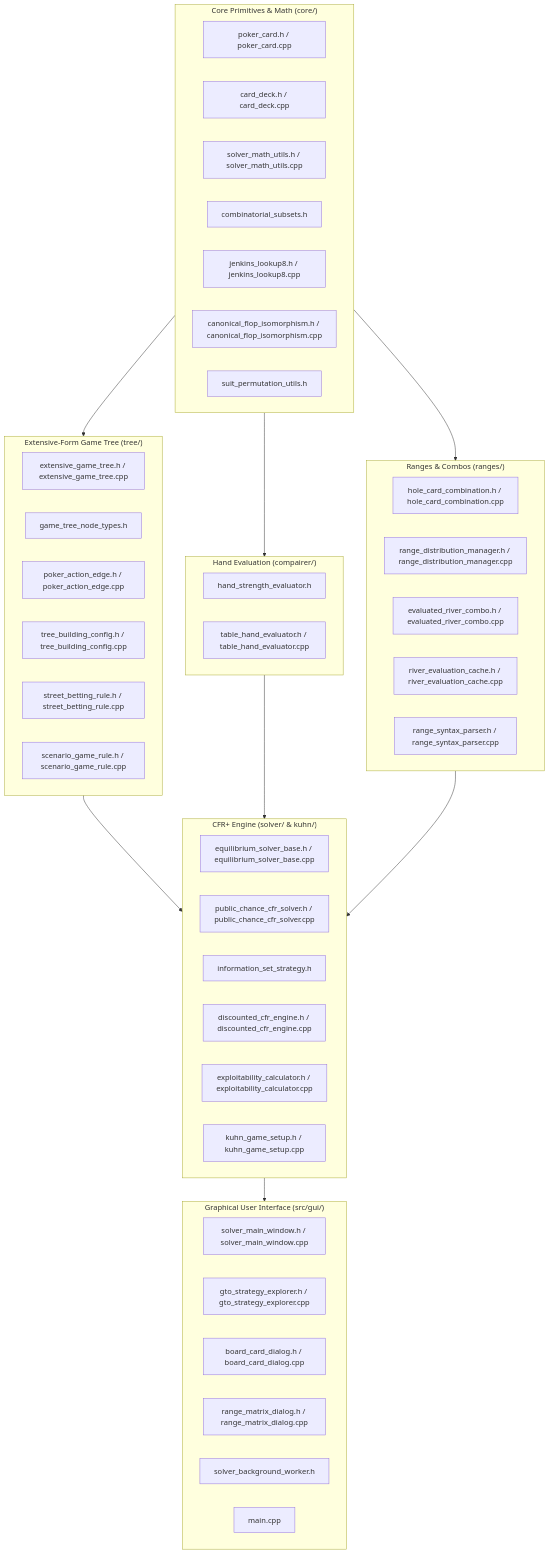
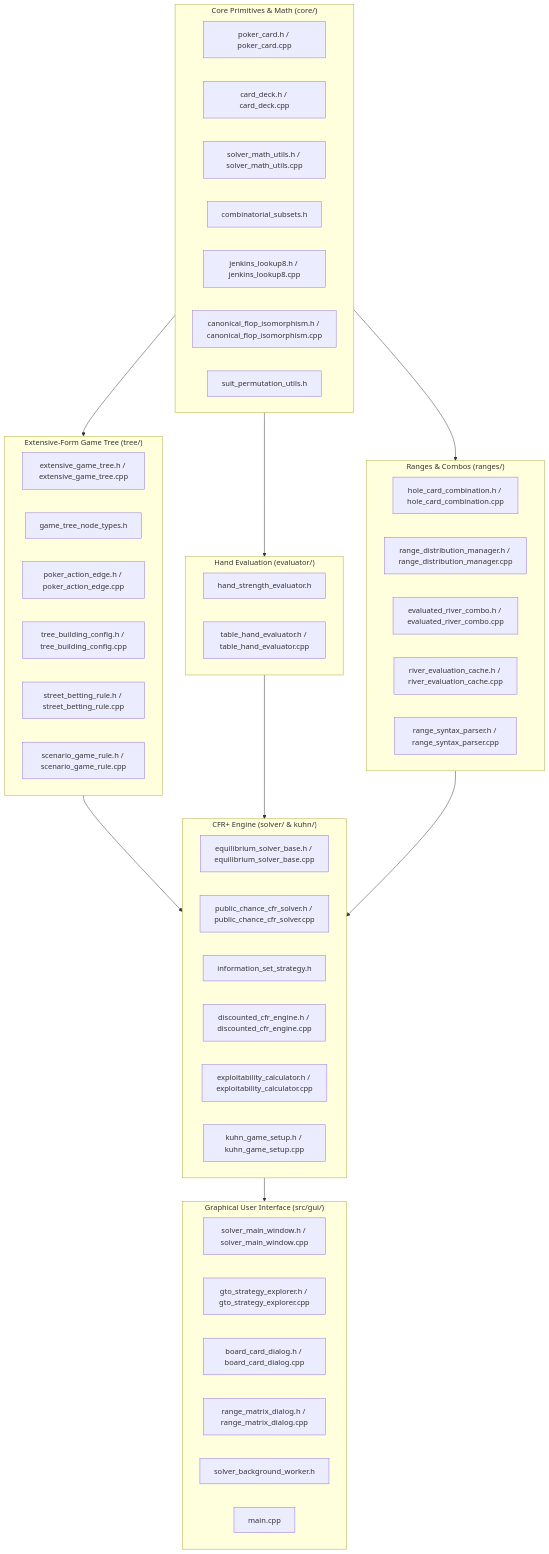
One commit to oleksandrBondarenko12/poker-solver changed the diagram in CODEBASE_GUIDE.md. Above: the diagram before and after it, drawn with Mermaid. The commit also changed other lines of this file and 62 other files, not shown here.

First line of the commit message:
Fix CFR+ mathematical correctness, flop isomorphism and refactor evaluator

````diff
--- a/CODEBASE_GUIDE.md
+++ b/CODEBASE_GUIDE.md
@@ -9,60 +9,60 @@
 ```mermaid
 graph TD
     subgraph Core ["Core Primitives & Math (core/)"]
         Card["poker_card.h / poker_card.cpp"]
         Deck["card_deck.h / card_deck.cpp"]
         MathUtils["solver_math_utils.h / solver_math_utils.cpp"]
         CombSubsets["combinatorial_subsets.h"]
         Lookup8["jenkins_lookup8.h / jenkins_lookup8.cpp"]
         FlopIso["canonical_flop_isomorphism.h / canonical_flop_isomorphism.cpp"]
         SuitUtils["suit_permutation_utils.h"]
     end
 
     subgraph Tree ["Extensive-Form Game Tree (tree/)"]
         GameTree["extensive_game_tree.h / extensive_game_tree.cpp"]
         TreeNodeTypes["game_tree_node_types.h"]
         ActionEdge["poker_action_edge.h / poker_action_edge.cpp"]
         BuildConfig["tree_building_config.h / tree_building_config.cpp"]
         StreetRule["street_betting_rule.h / street_betting_rule.cpp"]
         ScenarioRule["scenario_game_rule.h / scenario_game_rule.cpp"]
     end
 
-    subgraph Eval ["Hand Evaluation (compairer/)"]
+    subgraph Eval ["Hand Evaluation (evaluator/)"]
         EvaluatorBase["hand_strength_evaluator.h"]
         TableEvaluator["table_hand_evaluator.h / table_hand_evaluator.cpp"]
     end
 
     subgraph Ranges ["Ranges & Combos (ranges/)"]
         HoleCombo["hole_card_combination.h / hole_card_combination.cpp"]
         RangeDistMgr["range_distribution_manager.h / range_distribution_manager.cpp"]
         EvalRiverCombo["evaluated_river_combo.h / evaluated_river_combo.cpp"]
         RiverEvalCache["river_evaluation_cache.h / river_evaluation_cache.cpp"]
         RangeSyntaxParser["range_syntax_parser.h / range_syntax_parser.cpp"]
     end
 
     subgraph SolverEngine ["CFR+ Engine (solver/ & kuhn/)"]
         SolverBase["equilibrium_solver_base.h / equilibrium_solver_base.cpp"]
-        PCfrSolver["public_chance_cfr_solver.h / public_chance_cfr_solver.cpp"]
+        CfrPlusSolver["public_chance_cfr_solver.h / public_chance_cfr_solver.cpp"]
         InfoSetStrategy["information_set_strategy.h"]
         DiscountedCfr["discounted_cfr_engine.h / discounted_cfr_engine.cpp"]
         ExploitabilityCalc["exploitability_calculator.h / exploitability_calculator.cpp"]
         KuhnSetup["kuhn_game_setup.h / kuhn_game_setup.cpp"]
     end
 
     subgraph UserInterface ["Graphical User Interface (src/gui/)"]
         MainWindow["solver_main_window.h / solver_main_window.cpp"]
         StrategyExplorer["gto_strategy_explorer.h / gto_strategy_explorer.cpp"]
         BoardDialog["board_card_dialog.h / board_card_dialog.cpp"]
         RangeDialog["range_matrix_dialog.h / range_matrix_dialog.cpp"]
         SolverWorker["solver_background_worker.h"]
         MainApp["main.cpp"]
     end
 
     Core --> Tree
     Core --> Eval
     Core --> Ranges
     Tree --> SolverEngine
     Eval --> SolverEngine
     Ranges --> SolverEngine
     SolverEngine --> UserInterface
 ```
````
